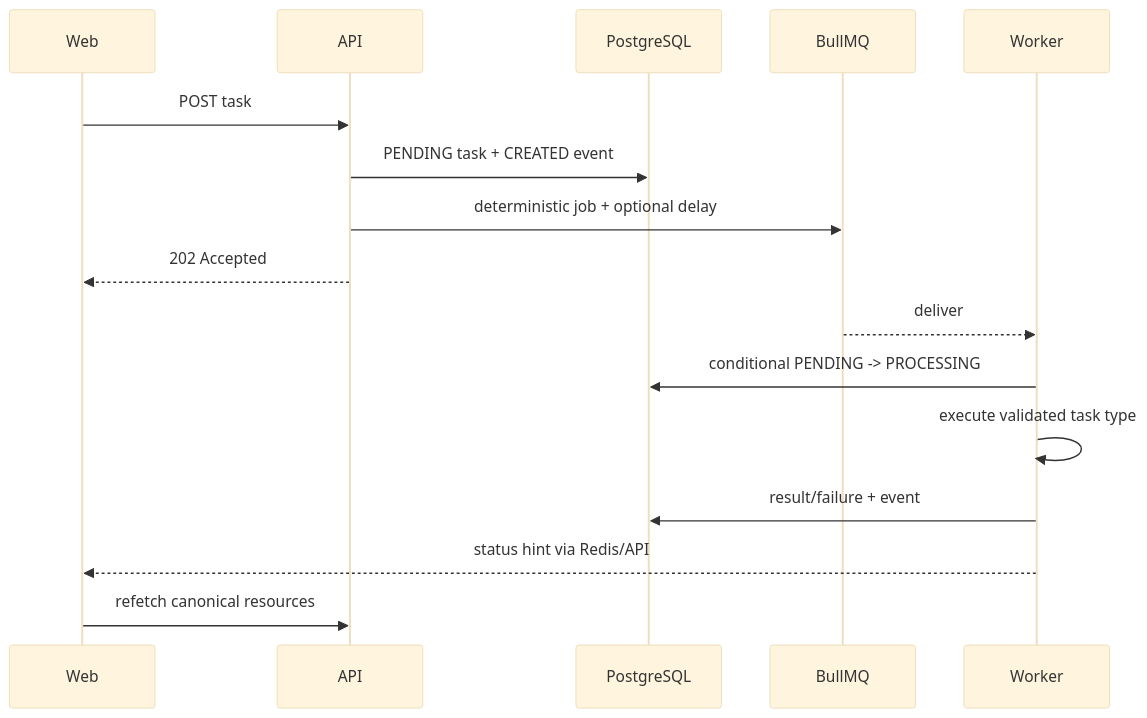
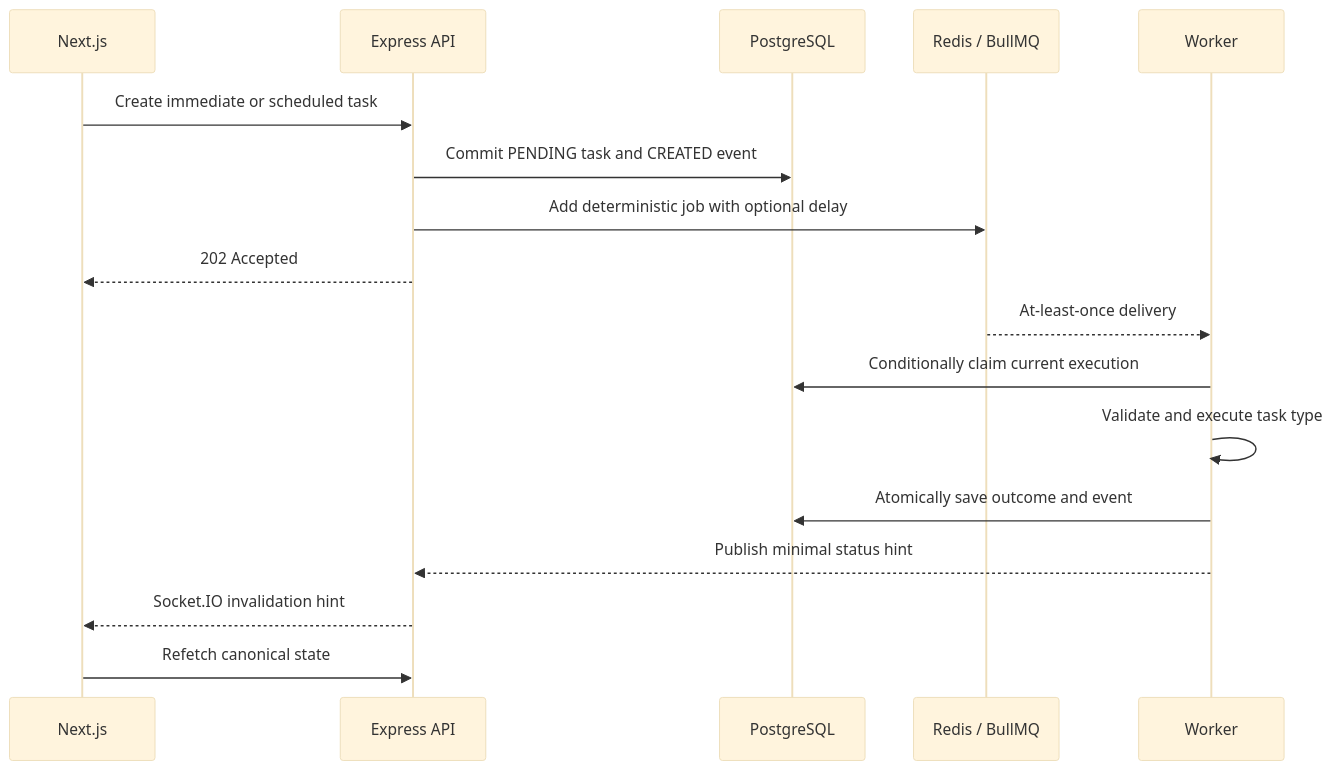
One commit to maadhav6677/Taskforge changed the diagram in docs/architecture.md. Above: the diagram before and after it, drawn with Mermaid (base theme). The commit also changed other lines of this file and 10 other files, not shown here.

````diff
--- a/docs/architecture.md
+++ b/docs/architecture.md
@@ -121,19 +20,20 @@
 ```mermaid
 sequenceDiagram
-    participant Web
-    participant API
+    participant Web as Next.js
+    participant API as Express API
     participant DB as PostgreSQL
-    participant Queue as BullMQ
+    participant Queue as Redis / BullMQ
     participant Worker
 
-    Web->>API: POST task
-    API->>DB: PENDING task + CREATED event
-    API->>Queue: deterministic job + optional delay
+    Web->>API: Create immediate or scheduled task
+    API->>DB: Commit PENDING task and CREATED event
+    API->>Queue: Add deterministic job with optional delay
     API-->>Web: 202 Accepted
-    Queue-->>Worker: deliver
-    Worker->>DB: conditional PENDING -> PROCESSING
-    Worker->>Worker: execute validated task type
-    Worker->>DB: result/failure + event
-    Worker-->>Web: status hint via Redis/API
-    Web->>API: refetch canonical resources
+    Queue-->>Worker: At-least-once delivery
+    Worker->>DB: Conditionally claim current execution
+    Worker->>Worker: Validate and execute task type
+    Worker->>DB: Atomically save outcome and event
+    Worker-->>API: Publish minimal status hint
+    API-->>Web: Socket.IO invalidation hint
+    Web->>API: Refetch canonical state
 ```
````
